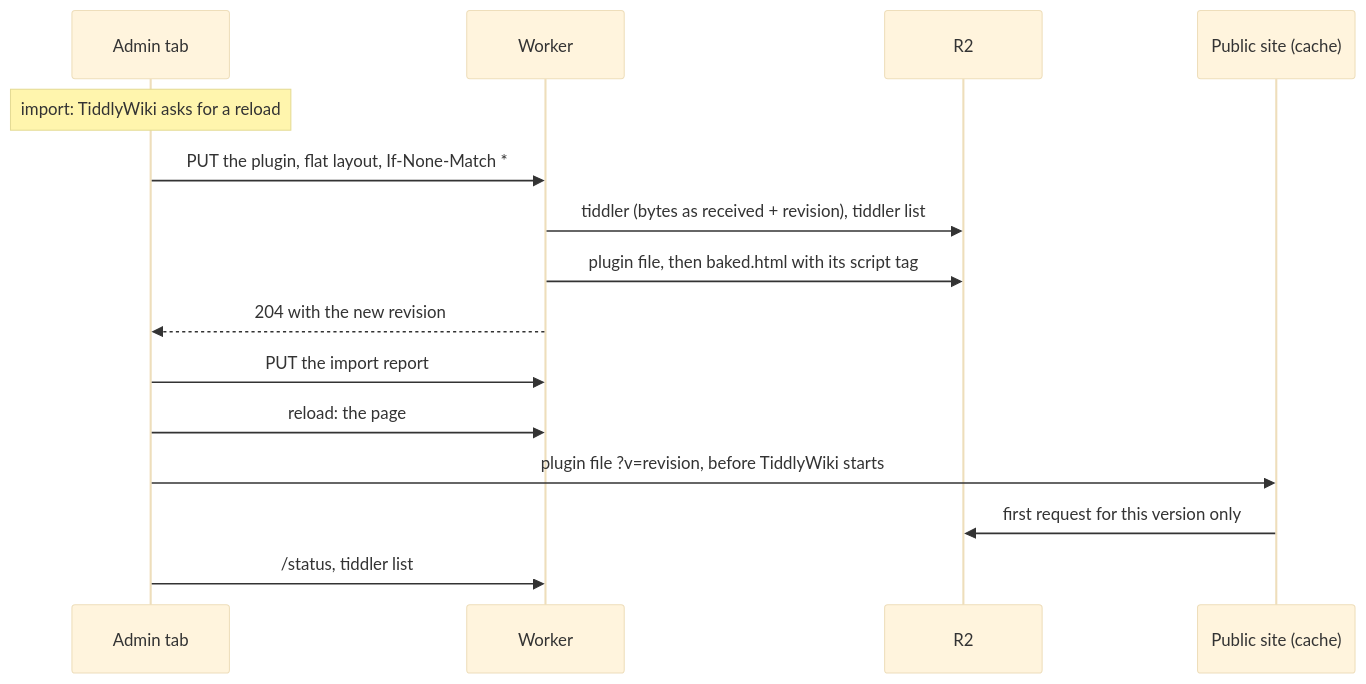
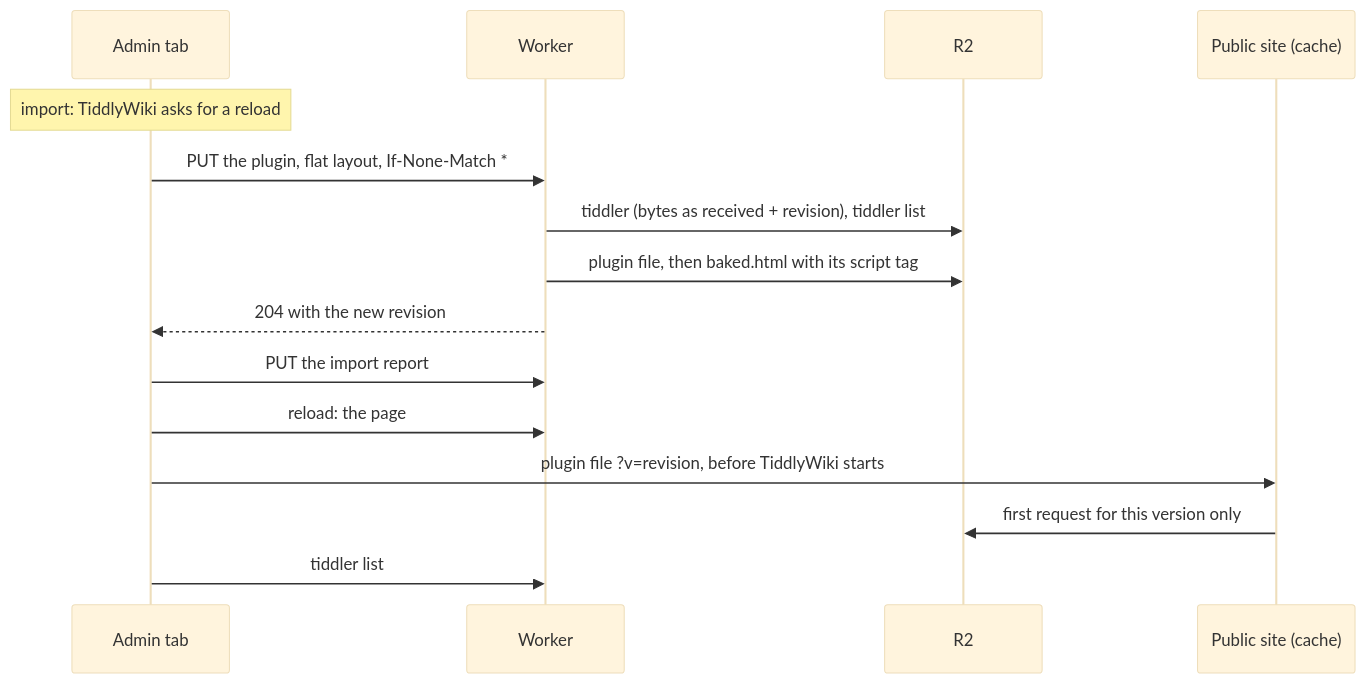
Before and after one commit to DesignThinkerer/tiddlywiki-cloudflare: the diagram in docs/external-plugins.md, drawn with Mermaid (base theme). The commit also changed other lines of this file and 8 other files, not shown here.

````diff
--- a/docs/external-plugins.md
+++ b/docs/external-plugins.md
@@ -63,17 +63,17 @@
 ```mermaid
 sequenceDiagram
   participant B as Admin tab
   participant W as Worker
   participant R as R2
   participant P as Public site (cache)
   Note over B: import: TiddlyWiki asks for a reload
   B->>W: PUT the plugin, flat layout, If-None-Match *
   W->>R: tiddler (bytes as received + revision), tiddler list
   W->>R: plugin file, then baked.html with its script tag
   W-->>B: 204 with the new revision
   B->>W: PUT the import report
   B->>W: reload: the page
   B->>P: plugin file ?v=revision, before TiddlyWiki starts
   P->>R: first request for this version only
-  B->>W: /status, tiddler list
+  B->>W: tiddler list
 ```
````
